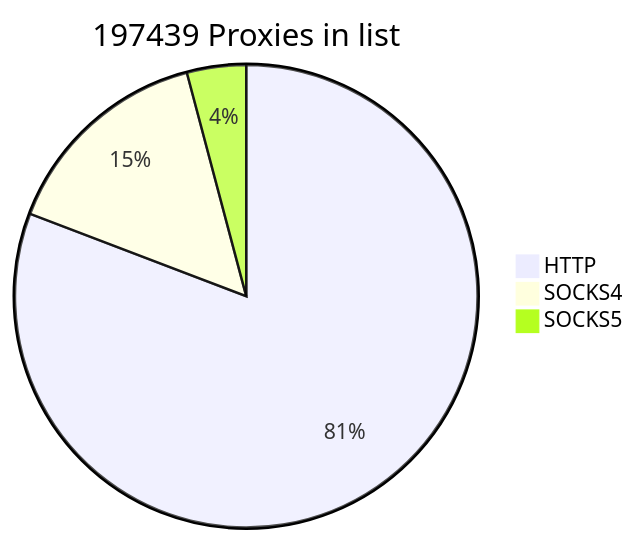
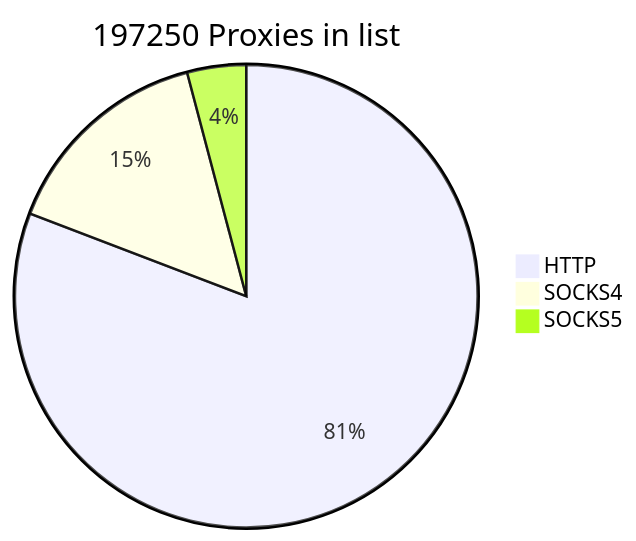
Before and after one commit to cutipu/proxylist: the first of 2 diagrams in README.md, drawn with Mermaid. The commit also changed other lines of this file, not shown here.

````diff
--- a/README.md
+++ b/README.md
@@ -2,7 +2,7 @@
 ```mermaid
-pie title 197439 Proxies in list
-    "HTTP" : 159536
-    "SOCKS4" : 29743
-    "SOCKS5" : 8160
+pie title 197250 Proxies in list
+    "HTTP" : 159402
+    "SOCKS4" : 29731
+    "SOCKS5" : 8117
             
 ```
````
